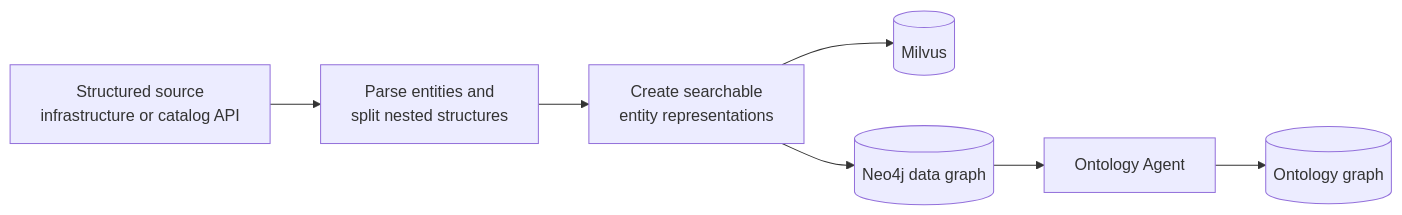
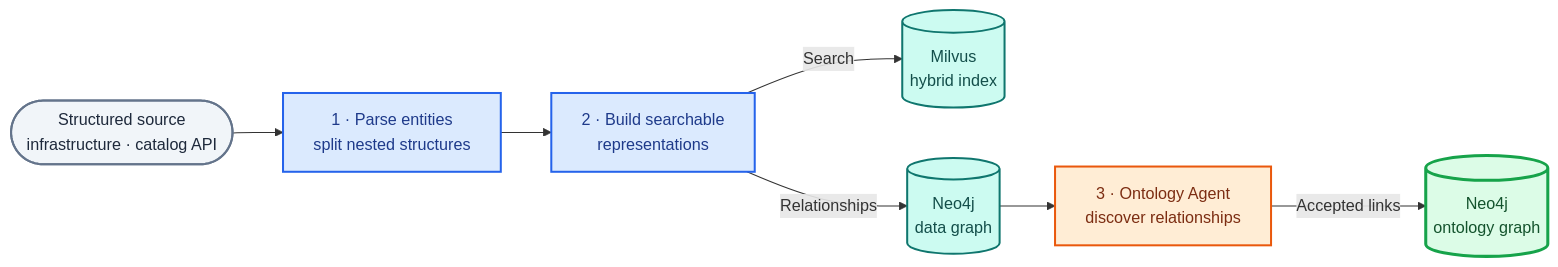
Before and after one commit to cnoe-io/ai-platform-engineering: the third of 4 diagrams in docs/docs/knowledge_bases/architecture.md, drawn with Mermaid. The commit also changed other lines of this file and 3 other files, not shown here.

Commit message:
docs(features): improve feature diagrams

````diff
--- a/docs/docs/knowledge_bases/architecture.md
+++ b/docs/docs/knowledge_bases/architecture.md
@@ -85,15 +94,27 @@
 ```mermaid
 flowchart LR
-  SRC["Structured source<br/>infrastructure or catalog API"]
-  P["Parse entities and<br/>split nested structures"]
-  V["Create searchable<br/>entity representations"]
-  M[("Milvus")]
-  N[("Neo4j data graph")]
-  O["Ontology Agent"]
-  OG[("Ontology graph")]
+  SRC(["Structured source<br/>infrastructure · catalog API"])
+  P["1 · Parse entities<br/>split nested structures"]
+  V["2 · Build searchable<br/>representations"]
+  M[("Milvus<br/>hybrid index")]
+  N[("Neo4j<br/>data graph")]
+  O["3 · Ontology Agent<br/>discover relationships"]
+  OG[("Neo4j<br/>ontology graph")]
 
   SRC --> P --> V
-  V --> M
-  V --> N
-  N --> O --> OG
+  V -->|"Search"| M
+  V -->|"Relationships"| N
+  N --> O -->|"Accepted links"| OG
+
+  classDef source fill:#f1f5f9,stroke:#64748b,color:#1e293b,stroke-width:2px
+  classDef process fill:#dbeafe,stroke:#2563eb,color:#1e3a8a,stroke-width:2px
+  classDef store fill:#ccfbf1,stroke:#0f766e,color:#134e4a,stroke-width:2px
+  classDef agent fill:#ffedd5,stroke:#ea580c,color:#7c2d12,stroke-width:2px
+  classDef ontology fill:#dcfce7,stroke:#16a34a,color:#14532d,stroke-width:3px
+
+  class SRC source
+  class P,V process
+  class M,N store
+  class O agent
+  class OG ontology
 ```
````
